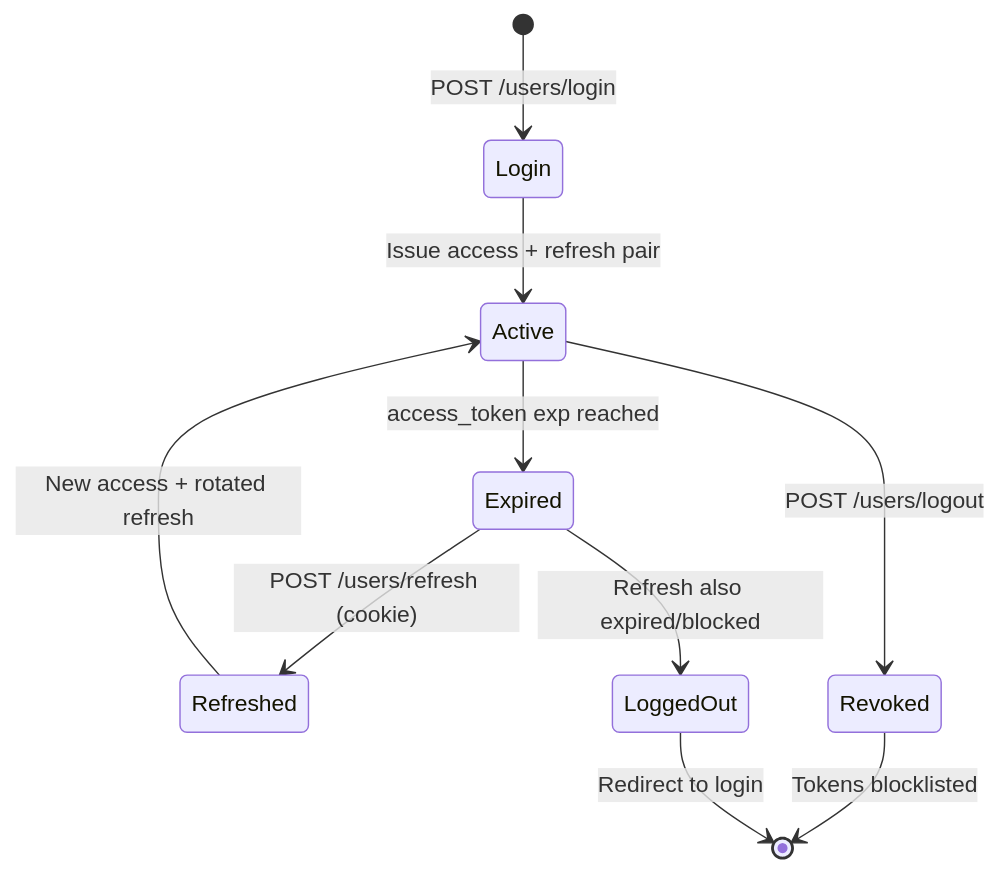
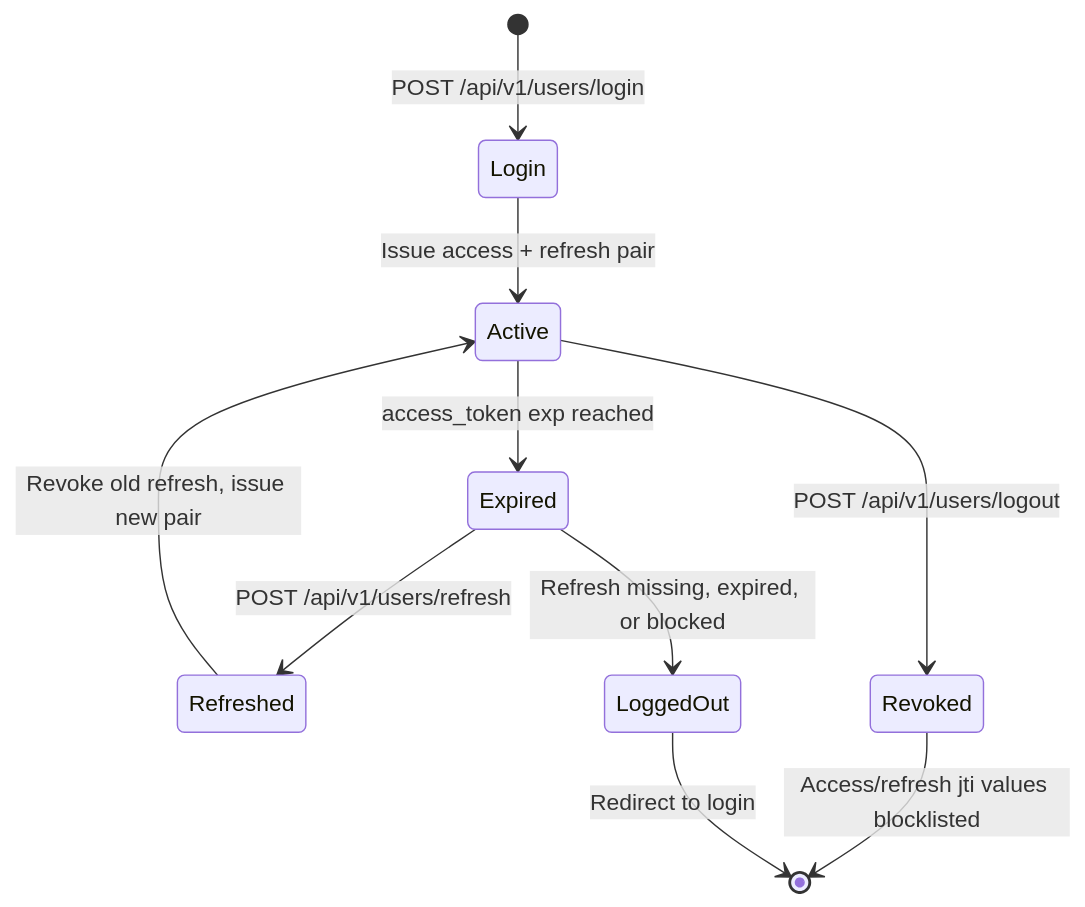
One commit to AmeDal/itr-filing-app changed the second of 6 diagrams in docs/auth.md. Above: the diagram before and after it, drawn with Mermaid. The commit also changed other lines of this file and 19 other files, not shown here.

First line of the commit message:
docs: sync AI context with current app architecture

````diff
--- a/docs/auth.md
+++ b/docs/auth.md
@@ -91,12 +93,12 @@
 ```mermaid
 stateDiagram-v2
-    [*] --> Login: POST /users/login
+    [*] --> Login: POST /api/v1/users/login
     Login --> Active: Issue access + refresh pair
     Active --> Expired: access_token exp reached
-    Expired --> Refreshed: POST /users/refresh (cookie)
-    Refreshed --> Active: New access + rotated refresh
-    Active --> Revoked: POST /users/logout
-    Revoked --> [*]: Tokens blocklisted
-    Expired --> LoggedOut: Refresh also expired/blocked
+    Expired --> Refreshed: POST /api/v1/users/refresh
+    Refreshed --> Active: Revoke old refresh, issue new pair
+    Active --> Revoked: POST /api/v1/users/logout
+    Revoked --> [*]: Access/refresh jti values blocklisted
+    Expired --> LoggedOut: Refresh missing, expired, or blocked
     LoggedOut --> [*]: Redirect to login
 ```
````
